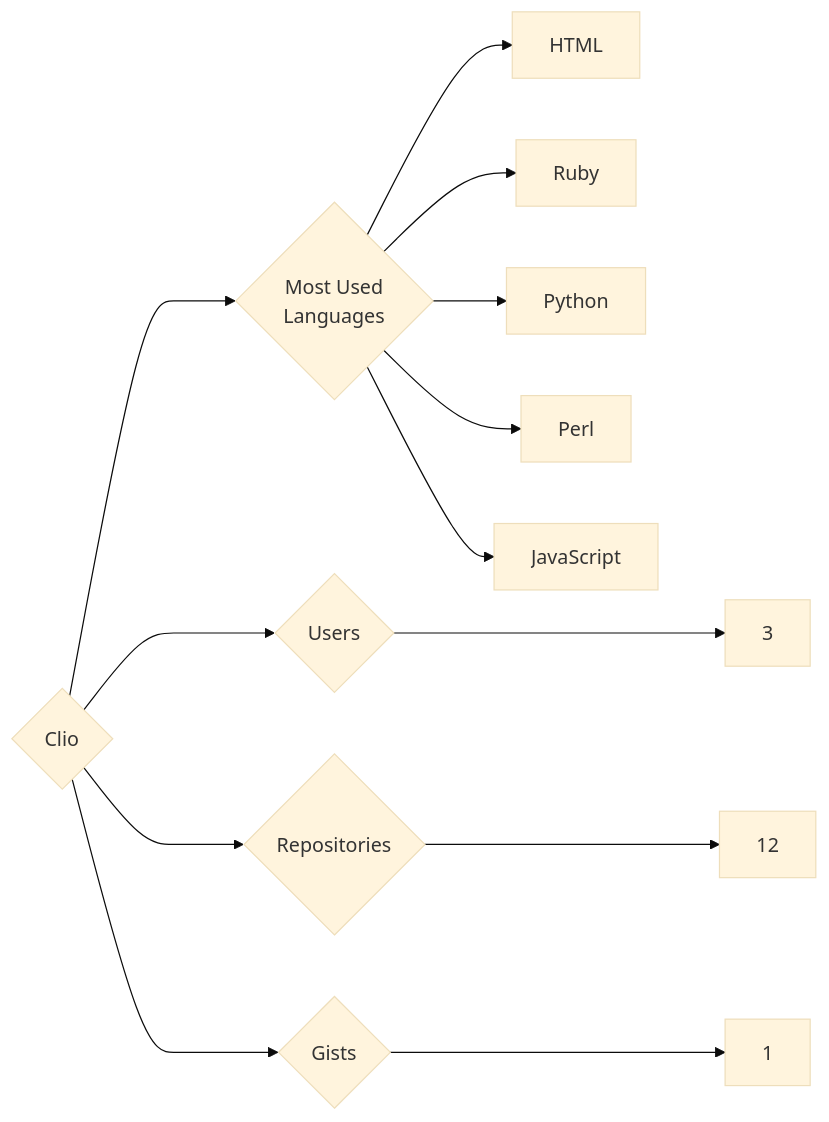
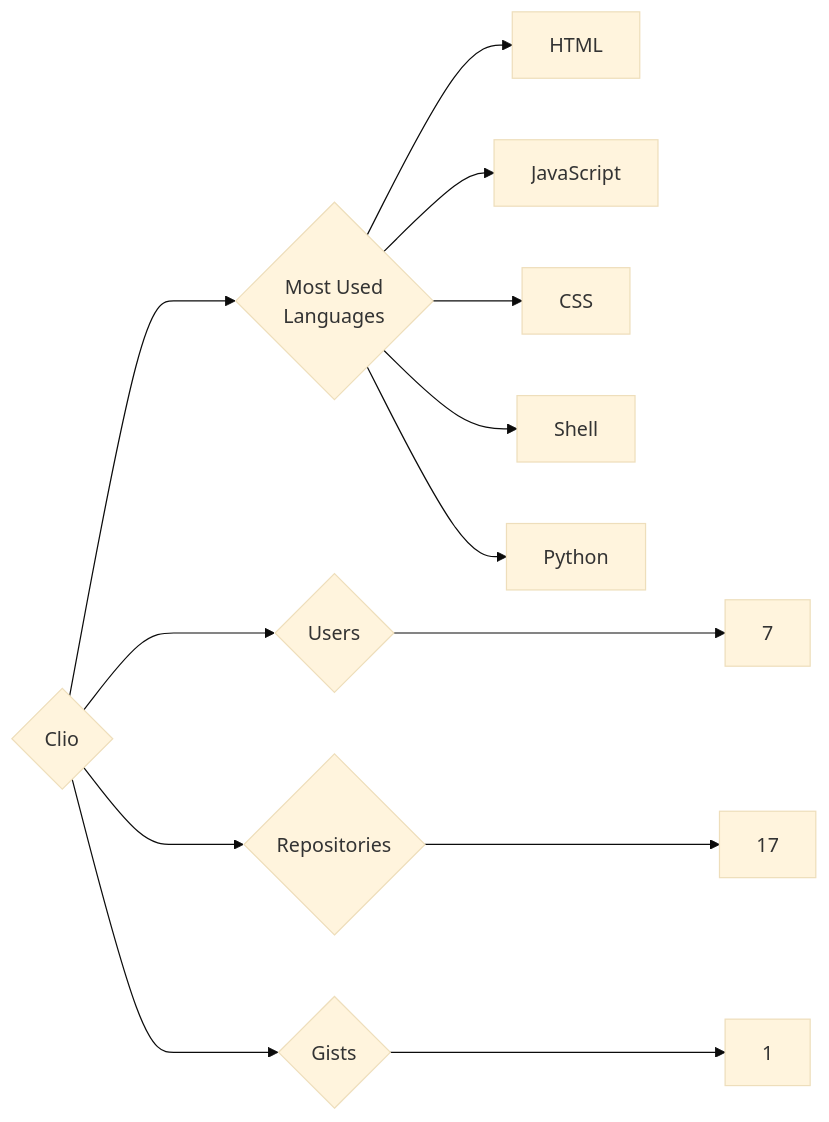
One commit to trickest/insiders changed the diagram in targets/Clio/README.md. Above: the diagram before and after it, drawn with Mermaid (base theme). The commit also changed 1175 other files, not shown here.

````diff
--- a/targets/Clio/README.md
+++ b/targets/Clio/README.md
@@ -3,13 +3,13 @@
 ```mermaid
 graph LR
 COMPANY_NAME{Clio}
-COMPANY_NAME ---> U{Users} ---> UN[3]
-COMPANY_NAME ---> R{Repositories} ---> RN[12]
+COMPANY_NAME ---> U{Users} ---> UN[7]
+COMPANY_NAME ---> R{Repositories} ---> RN[17]
 COMPANY_NAME ---> G{Gists} ---> GN[1]
 COMPANY_NAME ---> ML{Most Used<br>Languages}
 ML --> HTML[HTML]
-ML --> Ruby[Ruby]
+ML --> JavaScript[JavaScript]
+ML --> CSS[CSS]
+ML --> Shell[Shell]
 ML --> Python[Python]
-ML --> Perl[Perl]
-ML --> JavaScript[JavaScript]
 ```
````
